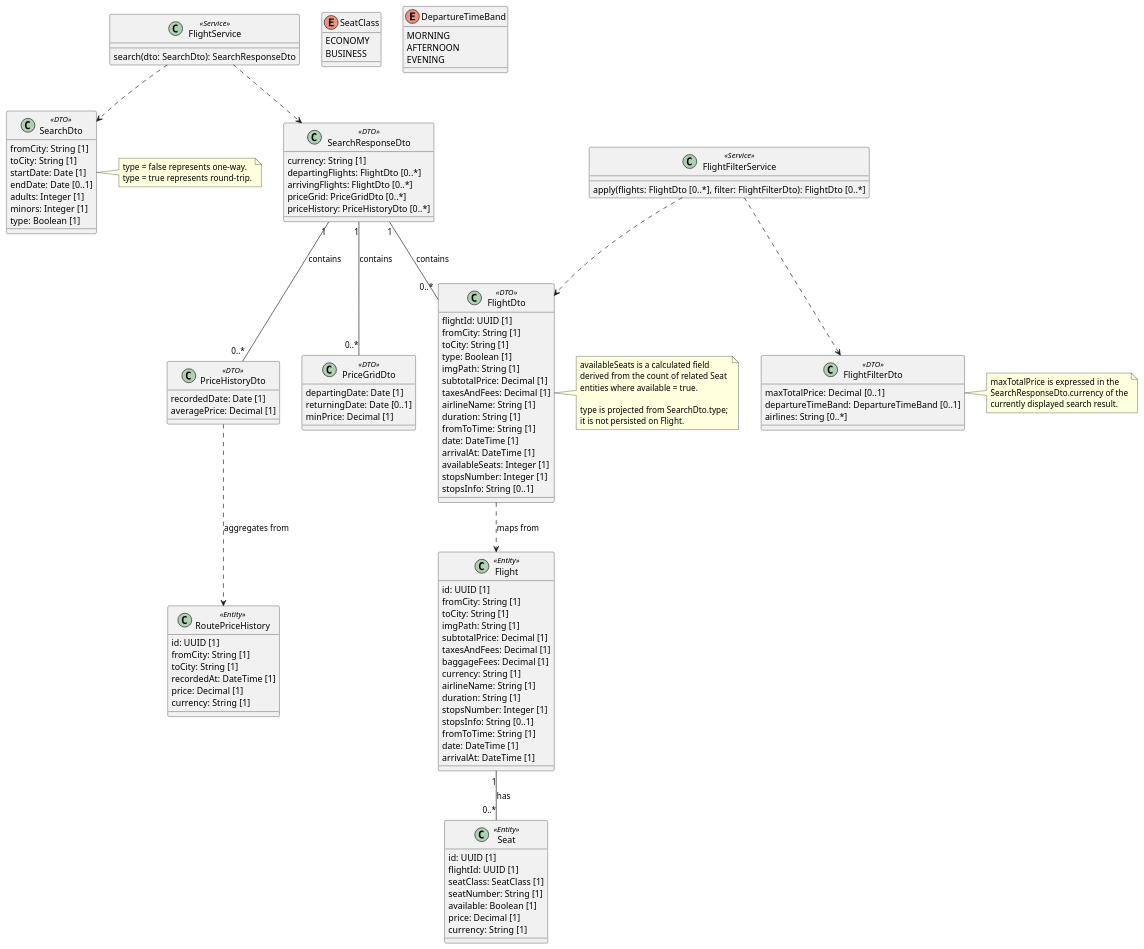
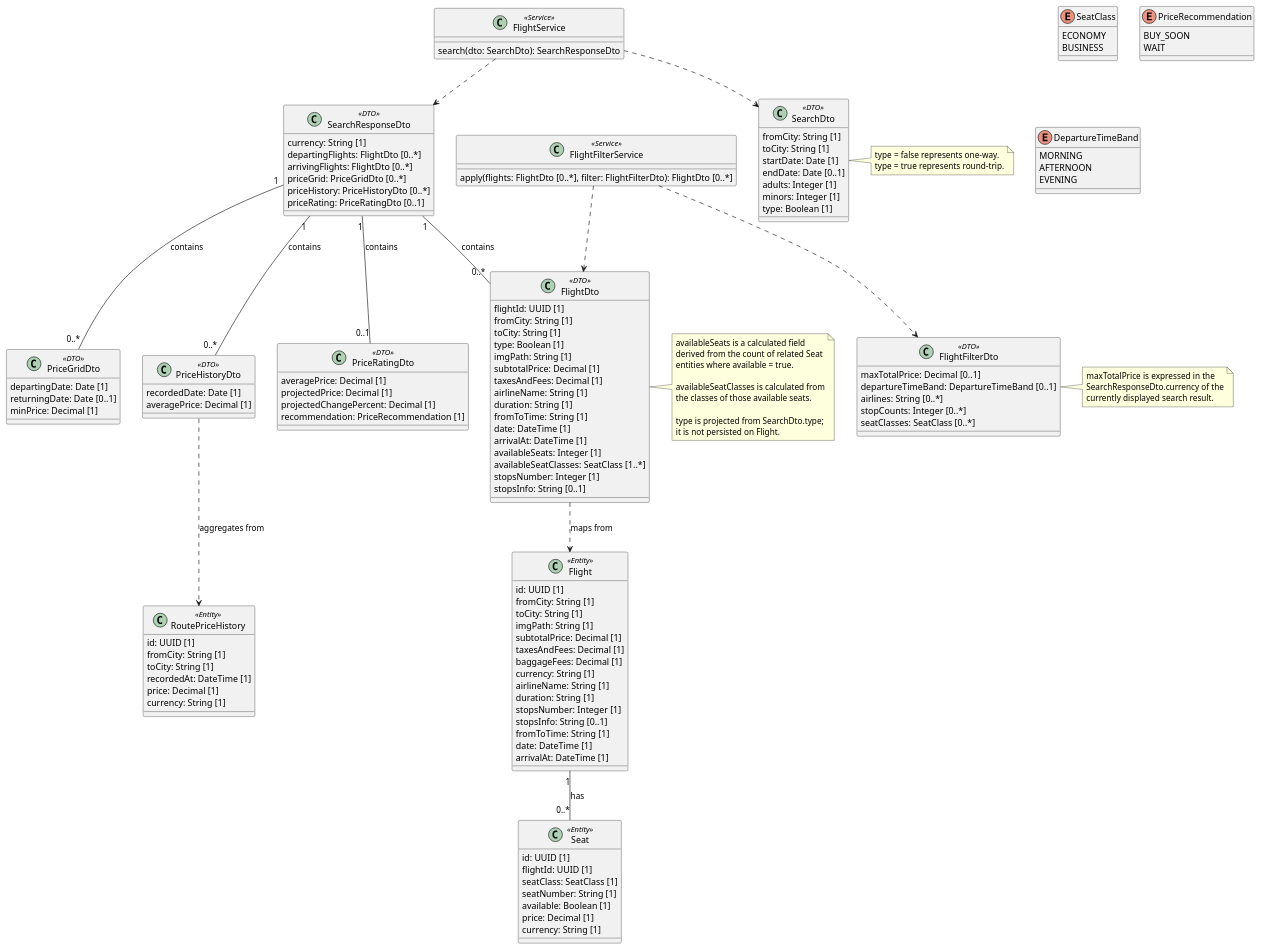
The diagram in 01-inception/use-cases/uc-01-search-flights.md (khanhNguyenHong2311/VT-TripmaSpecification), drawn with PlantUML before and after one commit. The commit also changed other lines of this file and 7 other files, not shown here.

```diff
--- a/01-inception/use-cases/uc-01-search-flights.md
+++ b/01-inception/use-cases/uc-01-search-flights.md
@@ -182,6 +179,7 @@
   date: DateTime [1]
   arrivalAt: DateTime [1]
   availableSeats: Integer [1]
+  availableSeatClasses: SeatClass [1..*]
   stopsNumber: Integer [1]
   stopsInfo: String [0..1]
 }
@@ -197,6 +195,18 @@
   averagePrice: Decimal [1]
 }
 
+enum PriceRecommendation {
+  BUY_SOON
+  WAIT
+}
+
+class PriceRatingDto <<DTO>> {
+  averagePrice: Decimal [1]
+  projectedPrice: Decimal [1]
+  projectedChangePercent: Decimal [1]
+  recommendation: PriceRecommendation [1]
+}
+
 enum DepartureTimeBand {
   MORNING
   AFTERNOON
@@ -207,6 +217,8 @@
   maxTotalPrice: Decimal [0..1]
   departureTimeBand: DepartureTimeBand [0..1]
   airlines: String [0..*]
+  stopCounts: Integer [0..*]
+  seatClasses: SeatClass [0..*]
 }
 
 class SearchResponseDto <<DTO>> {
@@ -215,6 +227,7 @@
   arrivingFlights: FlightDto [0..*]
   priceGrid: PriceGridDto [0..*]
   priceHistory: PriceHistoryDto [0..*]
+  priceRating: PriceRatingDto [0..1]
 }
 
 class FlightService <<Service>> {
@@ -235,6 +248,7 @@
 SearchResponseDto "1" -- "0..*" FlightDto : contains
 SearchResponseDto "1" -- "0..*" PriceGridDto : contains
 SearchResponseDto "1" -- "0..*" PriceHistoryDto : contains
+SearchResponseDto "1" -- "0..1" PriceRatingDto : contains
 FlightDto ..> Flight : maps from
 PriceHistoryDto ..> RoutePriceHistory : aggregates from
 
@@ -242,6 +256,9 @@
   availableSeats is a calculated field 
   derived from the count of related Seat 
   entities where available = true.
+
+  availableSeatClasses is calculated from
+  the classes of those available seats.
 
   type is projected from SearchDto.type;
   it is not persisted on Flight.
```
